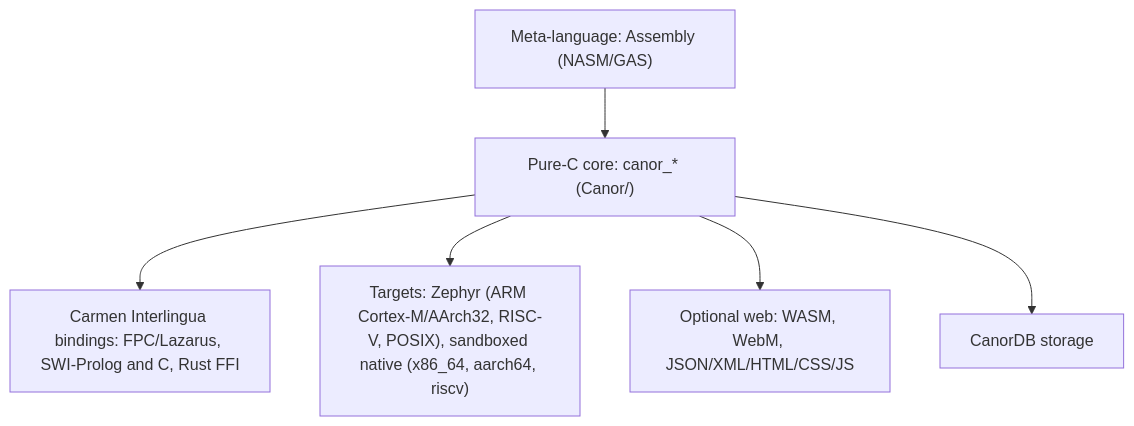
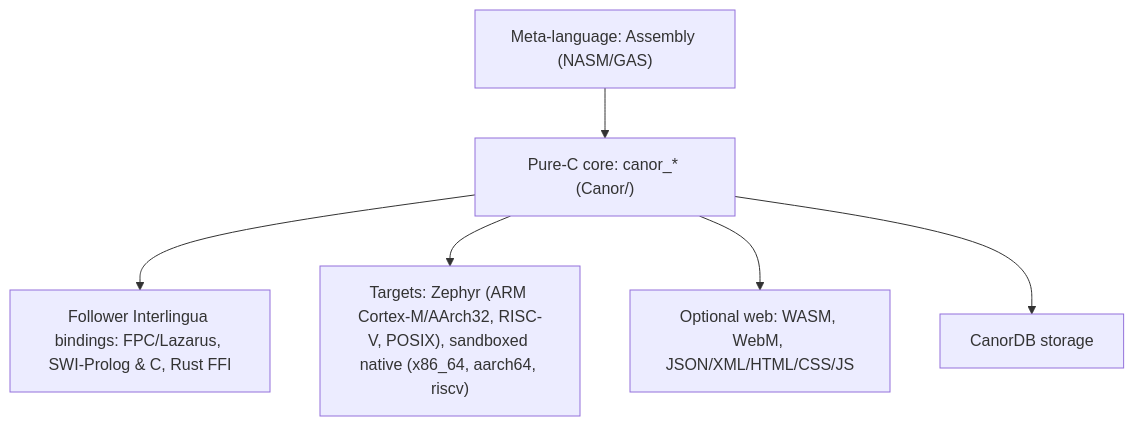
Before and after one commit to Canor-Infinitum/CanorInfinitum: the second of 2 diagrams in DESIGN.md, drawn with Mermaid. The commit also changed other lines of this file and 28 other files, not shown here.

````diff
--- a/DESIGN.md
+++ b/DESIGN.md
@@ -36,8 +40,8 @@
 ```mermaid
 flowchart TD
   M["Meta-language: Assembly (NASM/GAS)"] --> K["Pure-C core: canor_* (Canor/)"]
-  K --> X["Carmen Interlingua bindings: FPC/Lazarus, SWI-Prolog and C, Rust FFI"]
+  K --> X["Follower Interlingua bindings: FPC/Lazarus, SWI-Prolog & C, Rust FFI"]
   K --> T["Targets: Zephyr (ARM Cortex-M/AArch32, RISC-V, POSIX), sandboxed native (x86_64, aarch64, riscv)"]
   K --> W["Optional web: WASM, WebM, JSON/XML/HTML/CSS/JS"]
   K --> DB["CanorDB storage"]
 ```
````
